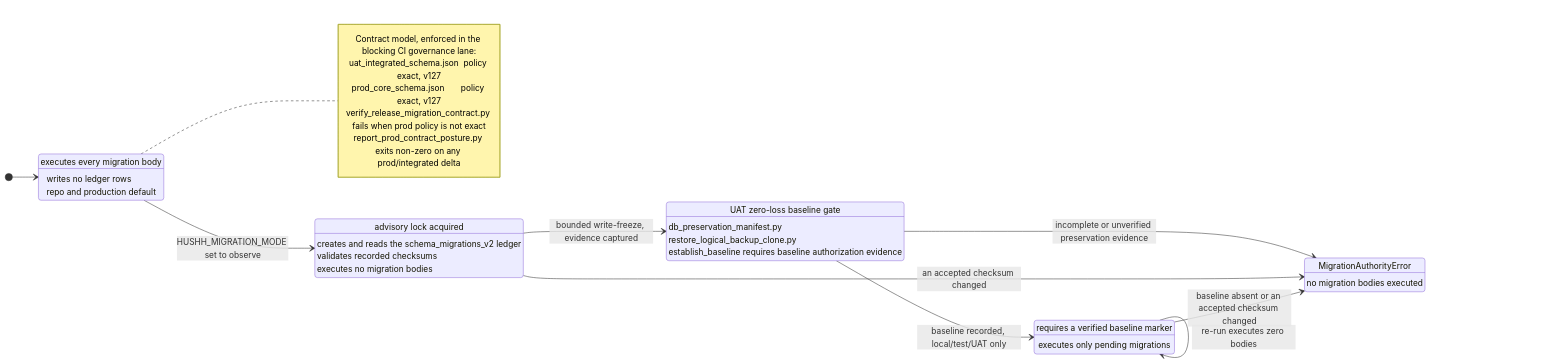
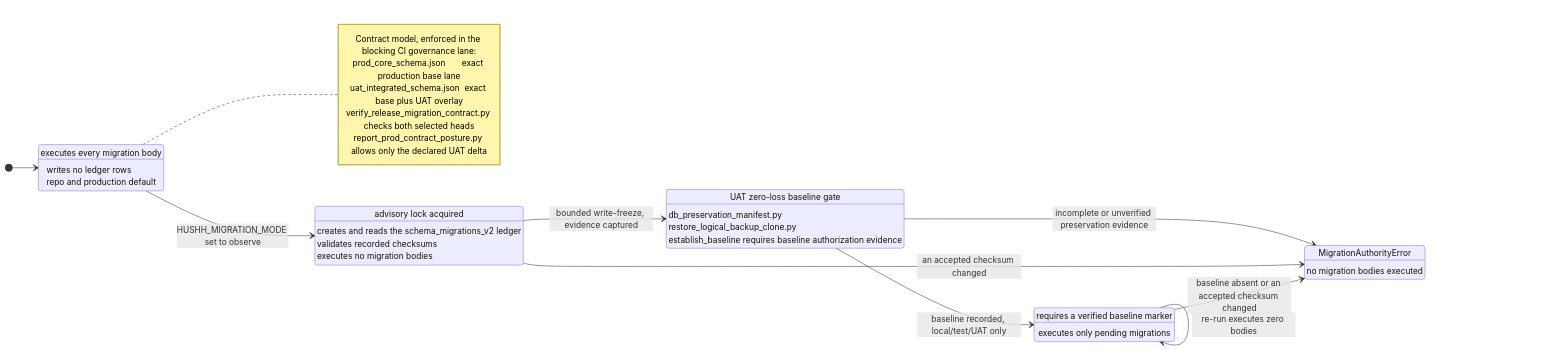
The diagram in docs/reference/operations/migration-governance.md (hushh-labs/hushh-research), drawn with Mermaid before and after one commit. The commit also changed other lines of this file and 77 other files, not shown here.

````diff
--- a/docs/reference/operations/migration-governance.md
+++ b/docs/reference/operations/migration-governance.md
@@ -12,42 +12,42 @@
 ```mermaid
 stateDiagram-v2
   direction LR
 
   [*] --> replay
 
   replay: executes every migration body
   replay: writes no ledger rows
   replay: repo and production default
 
   observe: advisory lock acquired
   observe: creates and reads the schema_migrations_v2 ledger
   observe: validates recorded checksums
   observe: executes no migration bodies
 
   baselineGate: UAT zero-loss baseline gate
   baselineGate: db_preservation_manifest.py
   baselineGate: restore_logical_backup_clone.py
   baselineGate: establish_baseline requires baseline authorization evidence
 
   ledger: requires a verified baseline marker
   ledger: executes only pending migrations
 
   failClosed: MigrationAuthorityError
   failClosed: no migration bodies executed
 
   replay --> observe: HUSHH_MIGRATION_MODE set to observe
   observe --> baselineGate: bounded write-freeze, evidence captured
   baselineGate --> ledger: baseline recorded, local/test/UAT only
   baselineGate --> failClosed: incomplete or unverified preservation evidence
   ledger --> ledger: re-run executes zero bodies
   observe --> failClosed: an accepted checksum changed
   ledger --> failClosed: baseline absent or an accepted checksum changed
 
   note right of replay
     Contract model, enforced in the blocking CI governance lane:
-    uat_integrated_schema.json  policy exact, v127
-    prod_core_schema.json       policy exact, v127
-    verify_release_migration_contract.py fails when prod policy is not exact
-    report_prod_contract_posture.py exits non-zero on any prod/integrated delta
+    prod_core_schema.json       exact production base lane
+    uat_integrated_schema.json  exact base plus UAT overlay
+    verify_release_migration_contract.py checks both selected heads
+    report_prod_contract_posture.py allows only the declared UAT delta
   end note
 ```
````
